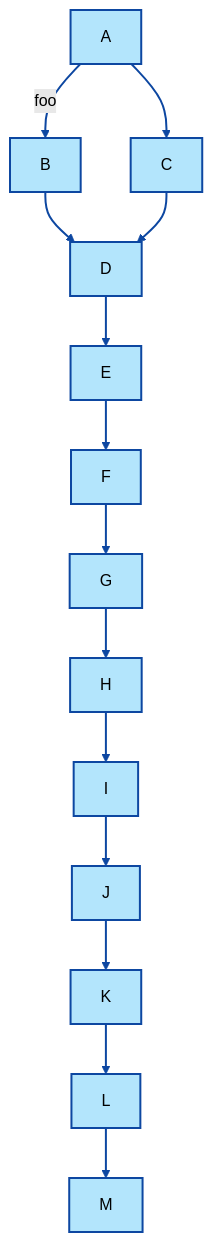
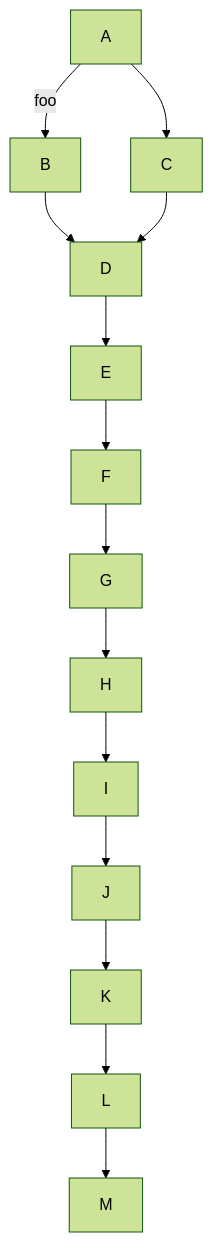
One commit to y-takey/atom-mermaid changed the diagram in spec/markdown/flowchart_TD.mmd. Above: the diagram before and after it, drawn with Mermaid (forest theme). The commit also changed 1 other file, not shown here.

Commit message:
Insert default style definiton automatically

```diff
--- a/spec/markdown/flowchart_TD.mmd
+++ b/spec/markdown/flowchart_TD.mmd
@@ -1,16 +1,14 @@
 graph TD;
   A-->|foo|B;
   A-->C;
   B-->D;
   C-->D;
   D-->E;
   E-->F;
   F-->G;
   G-->H;
   H-->I;
   I-->J;
   J-->K;
   K-->L;
   L-->M;
-  linkStyle default fill:none,stroke:#0D47A1,stroke-width:2px;
-  classDef default fill:#B3E5FC,stroke:#0D47A1,stroke-width:2px;
```
